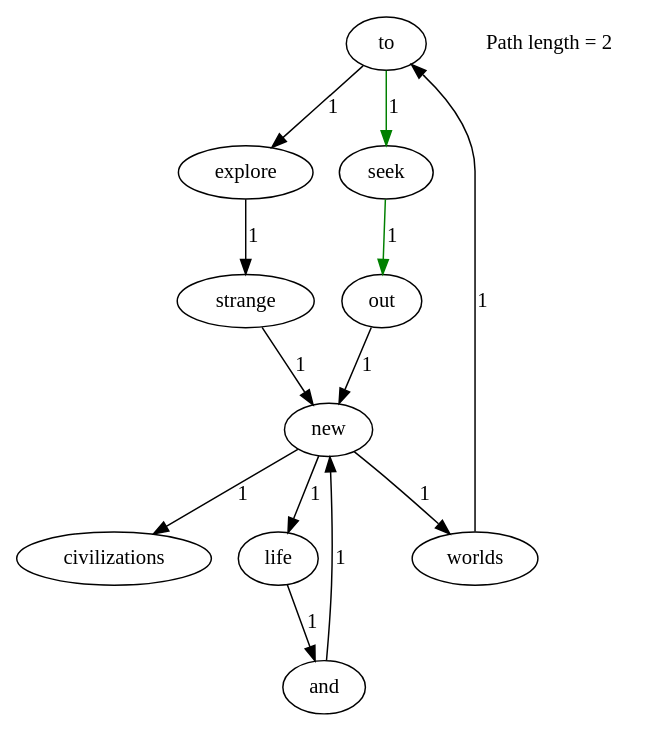
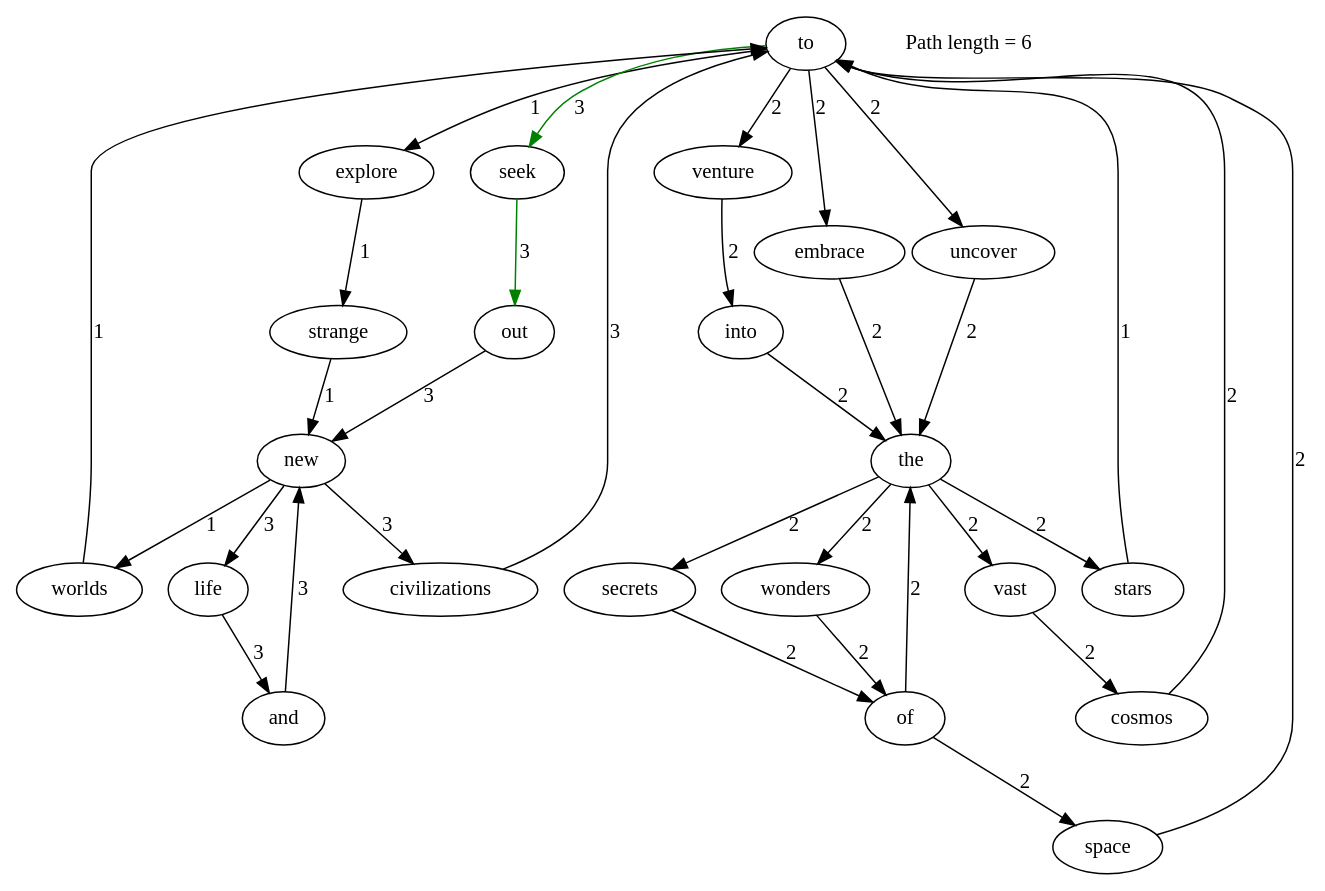
The diagram in out/text/shortest_path_to_to_out.dot (vic-yichen/Lab1-2021110640), drawn with Graphviz before and after one commit. The commit also changed 22 other files, not shown here.

```diff
--- a/out/text/shortest_path_to_to_out.dot
+++ b/out/text/shortest_path_to_to_out.dot
@@ -1,16 +1,36 @@
 digraph G {
     "to" [root=true];
     "new" -> "worlds" [label="1"];
-    "new" -> "civilizations" [label="1"];
-    "new" -> "life" [label="1"];
+    "new" -> "civilizations" [label="3"];
+    "new" -> "life" [label="3"];
     "worlds" -> "to" [label="1"];
     "explore" -> "strange" [label="1"];
-    "and" -> "new" [label="1"];
+    "embrace" -> "the" [label="2"];
+    "cosmos" -> "to" [label="2"];
+    "uncover" -> "the" [label="2"];
+    "stars" -> "to" [label="1"];
+    "seek" -> "out" [label="3", color="green"];
+    "secrets" -> "of" [label="2"];
+    "strange" -> "new" [label="1"];
+    "life" -> "and" [label="3"];
+    "venture" -> "into" [label="2"];
+    "space" -> "to" [label="2"];
+    "out" -> "new" [label="3"];
+    "the" -> "wonders" [label="2"];
+    "the" -> "vast" [label="2"];
+    "the" -> "stars" [label="2"];
+    "the" -> "secrets" [label="2"];
+    "into" -> "the" [label="2"];
+    "wonders" -> "of" [label="2"];
+    "and" -> "new" [label="3"];
+    "of" -> "the" [label="2"];
+    "of" -> "space" [label="2"];
     "to" -> "explore" [label="1"];
-    "to" -> "seek" [label="1", color="green"];
-    "seek" -> "out" [label="1", color="green"];
-    "strange" -> "new" [label="1"];
-    "life" -> "and" [label="1"];
-    "out" -> "new" [label="1"];
-    "Path length = 2" [label="Path length = 2", color="black", shape=none];
+    "to" -> "embrace" [label="2"];
+    "to" -> "uncover" [label="2"];
+    "to" -> "seek" [label="3", color="green"];
+    "to" -> "venture" [label="2"];
+    "vast" -> "cosmos" [label="2"];
+    "civilizations" -> "to" [label="3"];
+    "Path length = 6" [label="Path length = 6", color="black", shape=none];
 }
```
